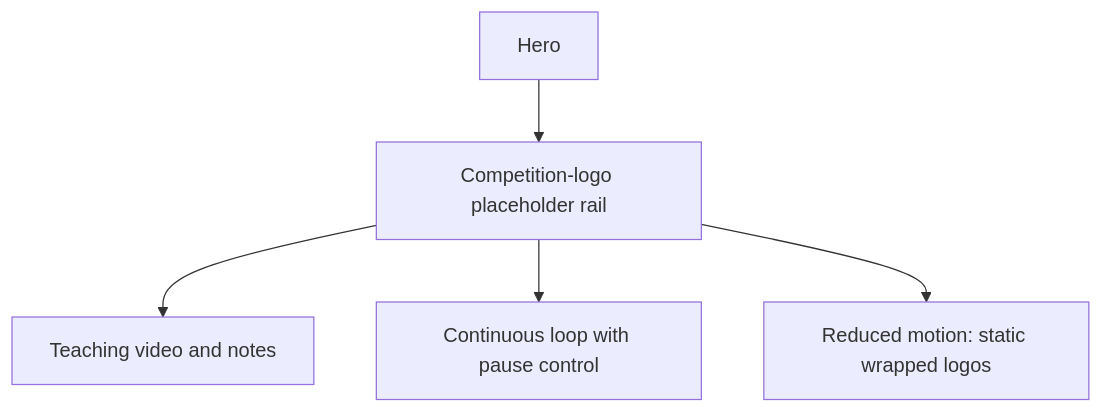
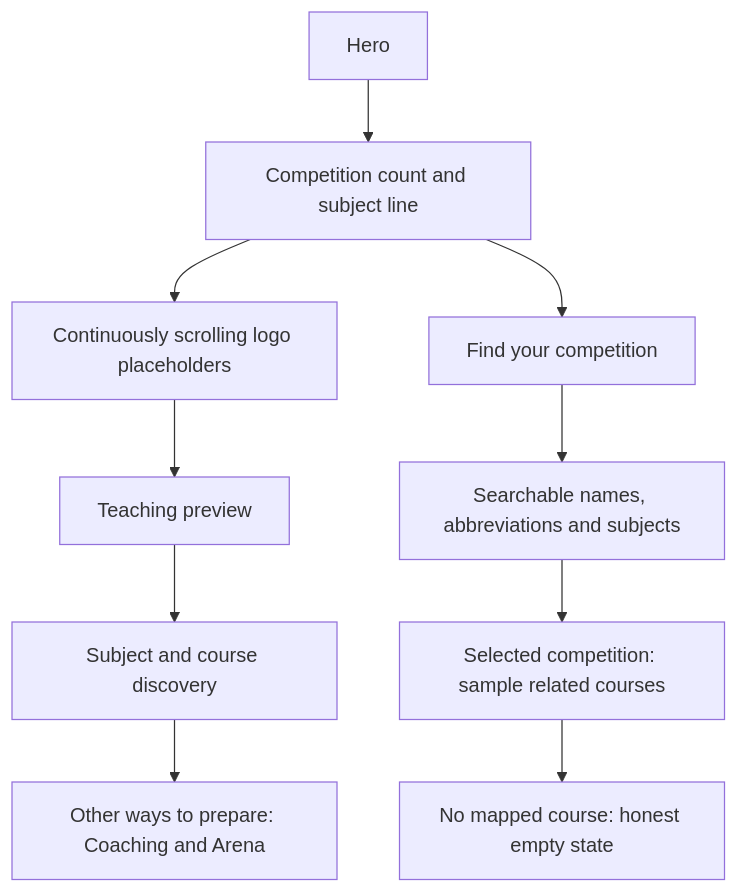
Before and after one commit to Physcratic/physcratic: the third of 12 diagrams in docs/engineering/TEST_PAGE_HIERARCHIES.md, drawn with Mermaid. The commit also changed other lines of this file and 3 other files, not shown here.

Commit message:
feat: add competition coverage section and searchable sample directory

````diff
--- a/docs/engineering/TEST_PAGE_HIERARCHIES.md
+++ b/docs/engineering/TEST_PAGE_HIERARCHIES.md
@@ -97,7 +99,12 @@
 ```mermaid
 flowchart TD
-  hero["Hero"] --> rail["Competition-logo placeholder rail"]
-  rail --> teaching["Teaching video and notes"]
-  rail --> motion["Continuous loop with pause control"]
-  rail --> reduced["Reduced motion: static wrapped logos"]
+  hero["Hero"] --> coverage["Competition count and subject line"]
+  coverage --> rail["Continuously scrolling logo placeholders"]
+  coverage --> search["Find your competition"]
+  search --> match["Searchable names, abbreviations and subjects"]
+  match --> catalogue["Selected competition: sample related courses"]
+  catalogue --> empty["No mapped course: honest empty state"]
+  rail --> teaching["Teaching preview"]
+  teaching --> courses["Subject and course discovery"]
+  courses --> other["Other ways to prepare: Coaching and Arena"]
 ```
````
